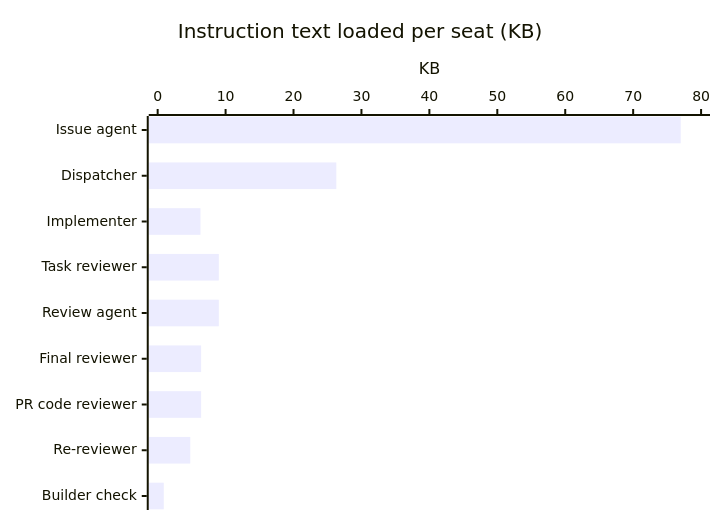
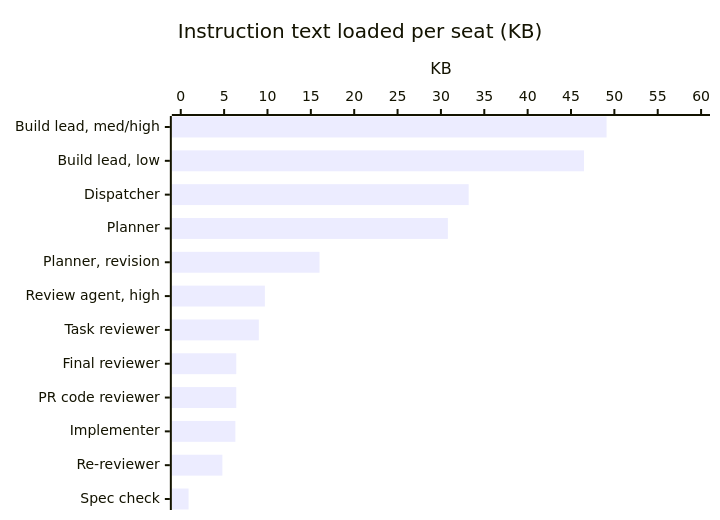
The fifth of 6 diagrams in docs/implement-issues-flow.md (ismail9k/skills), drawn with Mermaid before and after one commit. The commit also changed other lines of this file, not shown here.

````diff
--- a/docs/implement-issues-flow.md
+++ b/docs/implement-issues-flow.md
@@ -243,7 +383,7 @@
 ```mermaid
 xychart-beta horizontal
     title "Instruction text loaded per seat (KB)"
-    x-axis ["Issue agent", "Dispatcher", "Implementer", "Task reviewer", "Review agent", "Final reviewer", "PR code reviewer", "Re-reviewer", "Builder check"]
-    y-axis "KB" 0 --> 80
-    bar [77.0, 26.3, 6.3, 9.0, 9.0, 6.4, 6.4, 4.8, 0.9]
+    x-axis ["Build lead, med/high", "Build lead, low", "Dispatcher", "Planner", "Planner, revision", "Review agent, high", "Task reviewer", "Final reviewer", "PR code reviewer", "Implementer", "Re-reviewer", "Spec check"]
+    y-axis "KB" 0 --> 60
+    bar [49.1, 46.5, 33.2, 30.8, 16.0, 9.7, 9.0, 6.4, 6.4, 6.3, 4.8, 0.9]
 ```
````
